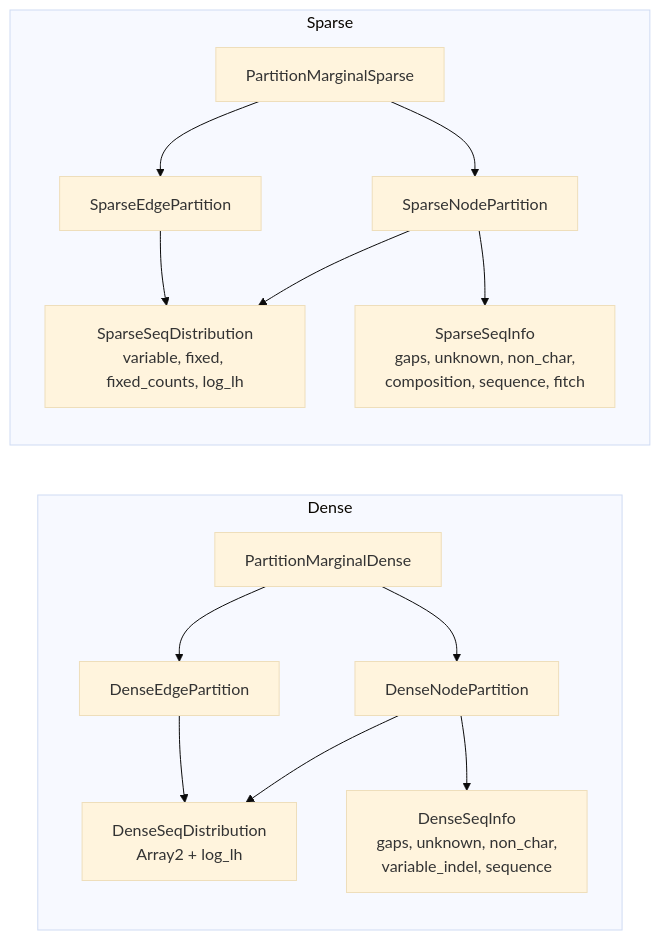
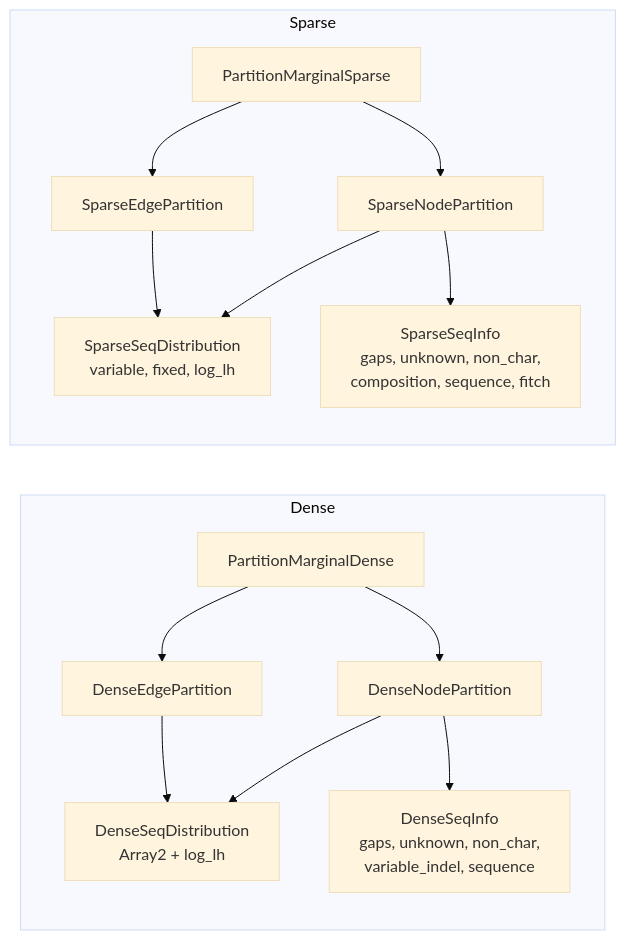
Before and after one commit to neherlab/treetime: the diagram in kb/issues/N-representation-dense-sparse-partition-asymmetry.md, drawn with Mermaid (base theme). The commit also changed 25 other files, not shown here.

````diff
--- a/kb/issues/N-representation-dense-sparse-partition-asymmetry.md
+++ b/kb/issues/N-representation-dense-sparse-partition-asymmetry.md
@@ -7,20 +7,20 @@
 ```mermaid
 graph LR
     subgraph dense ["Dense"]
         direction TB
         D_P["PartitionMarginalDense"] --> D_N["DenseNodePartition"]
         D_P --> D_E["DenseEdgePartition"]
         D_N --> D_dis["DenseSeqDistribution<br/>Array2 + log_lh"]
         D_N --> D_seq["DenseSeqInfo<br/>gaps, unknown, non_char,<br/>variable_indel, sequence"]
         D_E --> D_dis
     end
 
     subgraph sparse ["Sparse"]
         direction TB
         S_P["PartitionMarginalSparse"] --> S_N["SparseNodePartition"]
         S_P --> S_E["SparseEdgePartition"]
-        S_N --> S_dis["SparseSeqDistribution<br/>variable, fixed, fixed_counts, log_lh"]
+        S_N --> S_dis["SparseSeqDistribution<br/>variable, fixed, log_lh"]
         S_N --> S_seq["SparseSeqInfo<br/>gaps, unknown, non_char,<br/>composition, sequence, fitch"]
         S_E --> S_dis
     end
 ```
````
